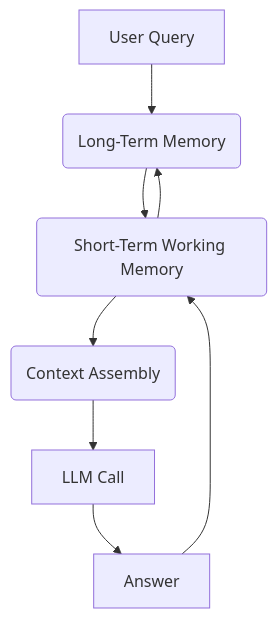
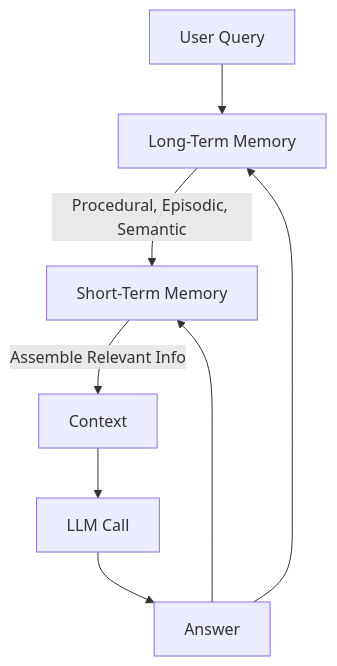
Before and after one commit to shoaibkhanz/agentic-ai-engineering-course: the second of 2 diagrams in lessons/03_context_engineering/article.md, drawn with Mermaid. The commit also changed other lines of this file and 1 other file, not shown here.

````diff
--- a/lessons/03_context_engineering/article.md
+++ b/lessons/03_context_engineering/article.md
@@ -66,10 +63,10 @@
 ```mermaid
 graph TD
-    A[User Query] --> B(Long-Term Memory);
-    B --> C(Short-Term Working Memory);
-    C --> D(Context Assembly);
-    D --> E[LLM Call];
-    E --> F[Answer];
-    F --> C;
-    C --> B;
+    A["User Query"] --> B["Long-Term Memory"]
+    B -- "Procedural, Episodic, Semantic" --> C["Short-Term Memory"]
+    C -- "Assemble Relevant Info" --> D["Context"]
+    D --> E["LLM Call"]
+    E --> F["Answer"]
+    F --> C
+    F --> B
 ```
````
